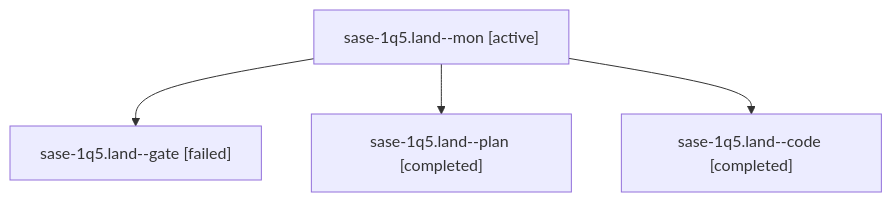
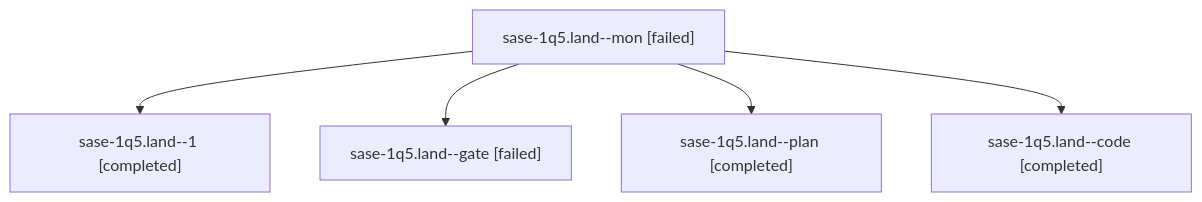
Before and after one commit to sase-org/sase--agents: the diagram in sessions/bbugyi200.athena.sase-1q5.land.md, drawn with Mermaid. The commit also changed other lines of this file and 85 other files, not shown here.

````diff
--- a/sessions/bbugyi200.athena.sase-1q5.land.md
+++ b/sessions/bbugyi200.athena.sase-1q5.land.md
@@ -9,10 +9,12 @@
 ```mermaid
 flowchart TD
-  n0["sase-1q5.land--mon [active]"]
-  n1["sase-1q5.land--gate [failed]"]
+  n0["sase-1q5.land--mon [failed]"]
+  n1["sase-1q5.land--1 [completed]"]
   n0 --> n1
-  n2["sase-1q5.land--plan [completed]"]
+  n2["sase-1q5.land--gate [failed]"]
   n0 --> n2
-  n3["sase-1q5.land--code [completed]"]
+  n3["sase-1q5.land--plan [completed]"]
   n0 --> n3
+  n4["sase-1q5.land--code [completed]"]
+  n0 --> n4
 ```
````
